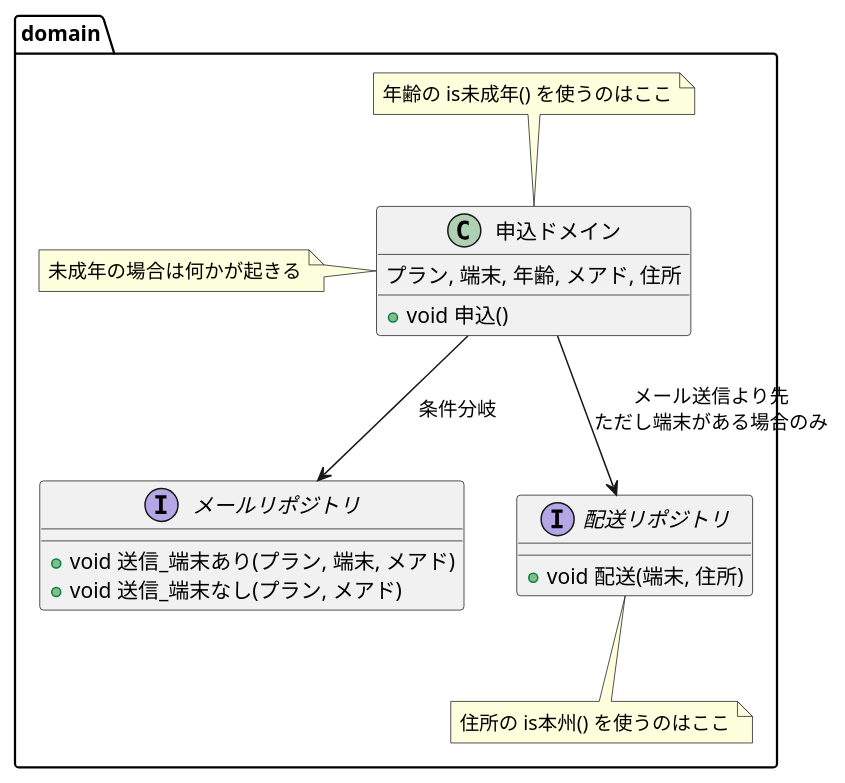
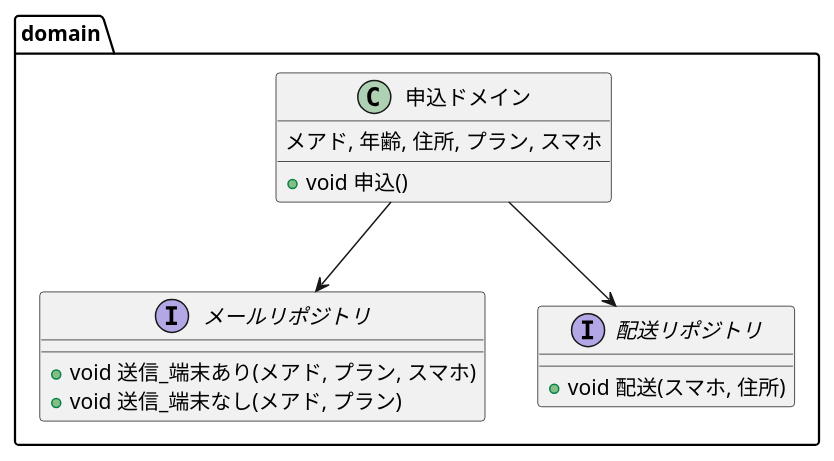
The diagram in 2-fat-domain.puml (suzuki-hoge/genbade-ddd-tokyo), drawn with PlantUML before and after one commit. The commit also changed 177 other files, not shown here.

```diff
--- a/2-fat-domain.puml
+++ b/2-fat-domain.puml
@@ -1,34 +1,24 @@
 @startuml
 
 package domain {
 class 申込ドメイン {
-  プラン, 端末, 年齢, メアド, 住所
+  メアド, 年齢, 住所, プラン, スマホ
   + void 申込()
 }
-note "年齢の is未成年() を使うのはここ" as ドメインNote
-ドメインNote .d. 申込ドメイン
-note "未成年の場合は何かが起きる" as ドメインNote2
-ドメインNote2 .r. 申込ドメイン
 
 interface メールリポジトリ {
-  + void 送信_端末あり(プラン, 端末, メアド)
-  + void 送信_端末なし(プラン, メアド)
+  + void 送信_端末あり(メアド, プラン, スマホ)
+  + void 送信_端末なし(メアド, プラン)
 }
 
 interface 配送リポジトリ {
-  + void 配送(端末, 住所)
+  + void 配送(スマホ, 住所)
 }
-note "住所の is本州() を使うのはここ" as 配送Note
-配送Note .u. 配送リポジトリ
 
-申込ドメイン --> メールリポジトリ : 条件分岐
-申込ドメイン --> 配送リポジトリ : メール送信より先\nただし端末がある場合のみ
+申込ドメイン --> メールリポジトリ
+申込ドメイン -d-> 配送リポジトリ
 
 メールリポジトリ -[hidden]r-> 配送リポジトリ
-
-' メールリポジトリは呼び分け
-' +2日は配送リポジトリの実装の中、絵からは欠落
-' 未成年チェックは申込ドメインの中、絵からは欠落
 }
 
 @enduml
```
